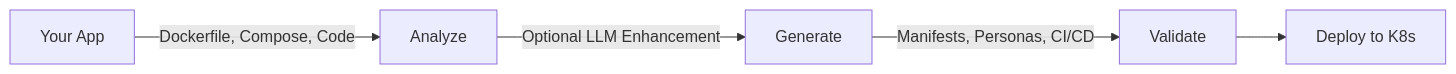
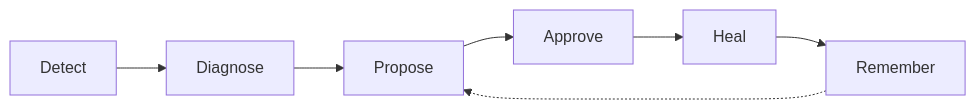
The diagram in index.mdx (dorgu-ai/docs), drawn with Mermaid before and after one commit. The commit also changed other lines of this file and 13 other files, not shown here.

````diff
--- a/index.mdx
+++ b/index.mdx
@@ -26,7 +27,9 @@
 ```mermaid
 flowchart LR
-    A["Your App"] -->|"Dockerfile, Compose, Code"| B["Analyze"]
-    B -->|"Optional LLM Enhancement"| C["Generate"]
-    C -->|"Manifests, Personas, CI/CD"| D["Validate"]
-    D --> E["Deploy to K8s"]
+    D["Detect"] --> DG["Diagnose"]
+    DG --> P["Propose"]
+    P --> A["Approve"]
+    A --> H["Heal"]
+    H --> R["Remember"]
+    R -.-> P
 ```
````
